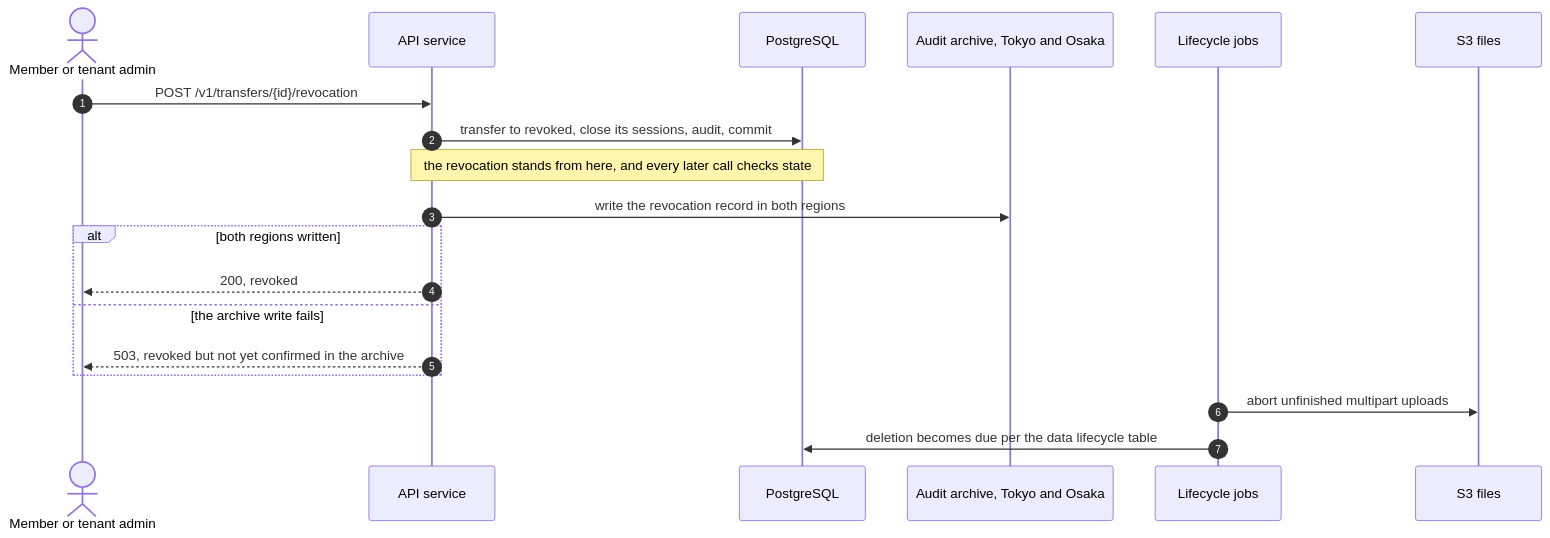
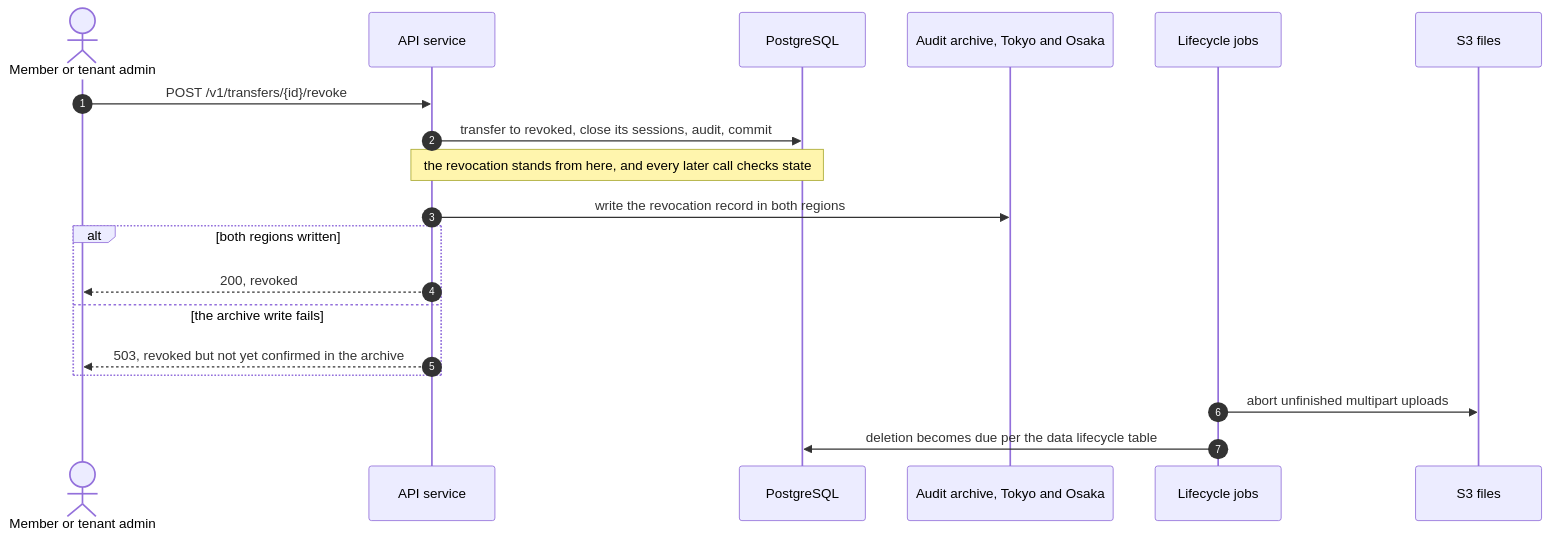
One commit to codewithmuh/secure-file-transfer changed the seventh of 10 diagrams in docs/architecture.md. Above: the diagram before and after it, drawn with Mermaid. The commit also changed other lines of this file and 72 other files, not shown here.

````diff
--- a/docs/architecture.md
+++ b/docs/architecture.md
@@ -541,21 +541,21 @@
 ```mermaid
 sequenceDiagram
     autonumber
     actor A as Member or tenant admin
     participant API as API service
     participant DB as PostgreSQL
     participant AR as Audit archive, Tokyo and Osaka
     participant J as Lifecycle jobs
     participant S3 as S3 files
-    A->>API: POST /v1/transfers/{id}/revocation
+    A->>API: POST /v1/transfers/{id}/revoke
     API->>DB: transfer to revoked, close its sessions, audit, commit
     Note over API,DB: the revocation stands from here, and every later call checks state
     API->>AR: write the revocation record in both regions
     alt both regions written
         API-->>A: 200, revoked
     else the archive write fails
         API-->>A: 503, revoked but not yet confirmed in the archive
     end
     J->>S3: abort unfinished multipart uploads
     J->>DB: deletion becomes due per the data lifecycle table
 ```
````
